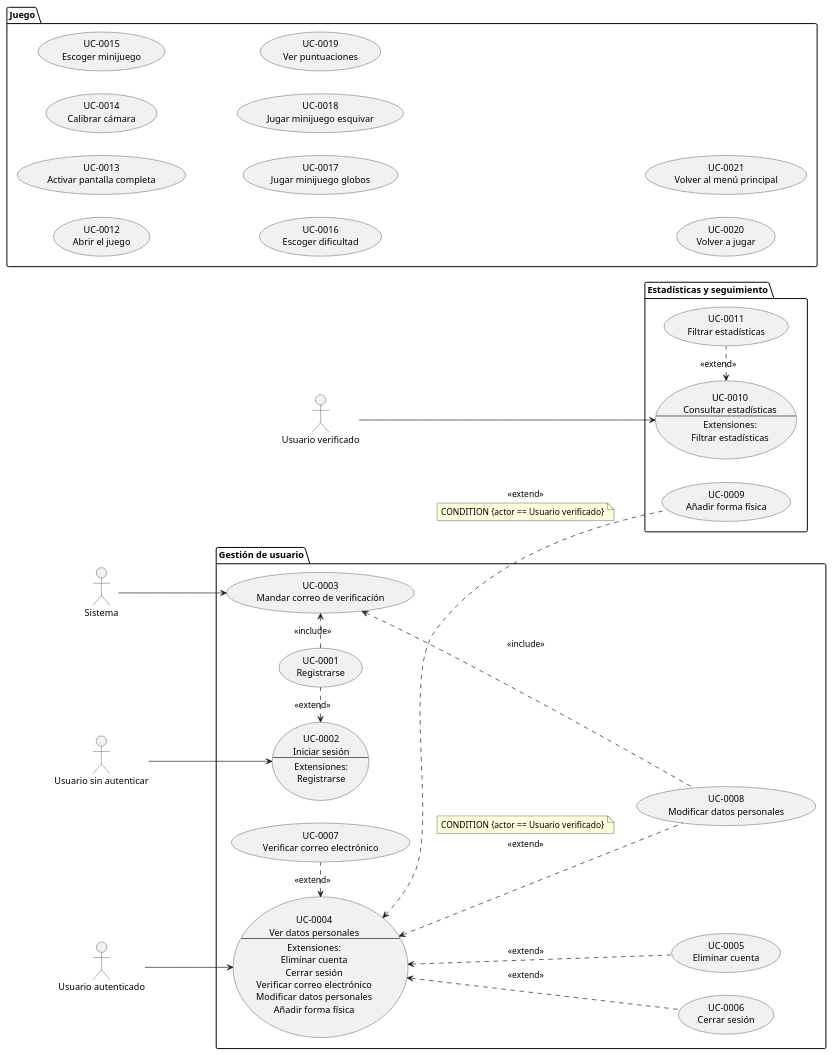
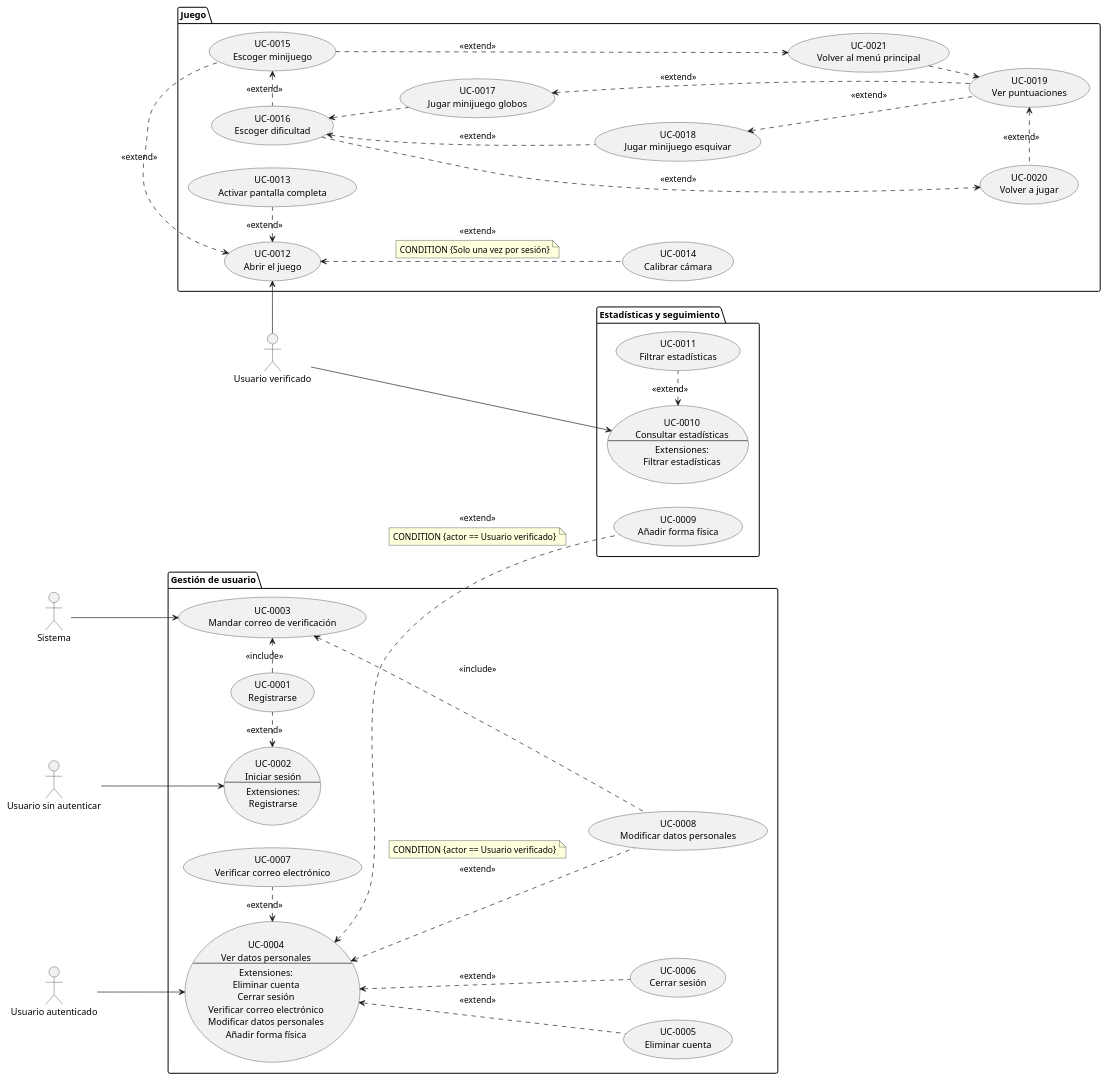
One commit to Luengor/RINL changed the diagram in docs/anexo1/plants/casosuso.puml. Above: the diagram before and after it, drawn with PlantUML.

Commit message:
diagrama casos uso

```diff
--- a/docs/anexo1/plants/casosuso.puml
+++ b/docs/anexo1/plants/casosuso.puml
@@ -1,86 +1,121 @@
 @startuml "casosuso"
 
 :Sistema: as sys
 :Usuario sin autenticar: as anon
 :Usuario autenticado: as userauth
 :Usuario verificado: as userverif 
 
 left to right direction
 package "Gestión de usuario" {
     usecase UC0001 as "UC-0001\nRegistrarse"
     usecase UC0002 as "UC-0002\nIniciar sesión
     ---
     Extensiones:
     Registrarse"
     usecase UC0003 as "UC-0003\nMandar correo de verificación"
     usecase UC0006 as "UC-0006\nCerrar sesión"
     usecase UC0004 as "UC-0004\nVer datos personales
     ---
     Extensiones:
     Eliminar cuenta
     Cerrar sesión
     Verificar correo electrónico
     Modificar datos personales
     Añadir forma física"
     usecase UC0005 as "UC-0005\nEliminar cuenta"
     usecase UC0007 as "UC-0007\nVerificar correo electrónico"
     usecase UC0008 as "UC-0008\nModificar datos personales"
 }
 
 package "Estadísticas y seguimiento" {
     usecase UC0009 as "UC-0009\nAñadir forma física"
     usecase UC0010 as "UC-0010\nConsultar estadísticas
     ---
     Extensiones:
     Filtrar estadísticas"
     usecase UC0011 as "UC-0011\nFiltrar estadísticas"
 }
 
 package "Juego" {
-    usecase UC0012 as "UC-0012\nAbrir el juego"
-    usecase UC0013 as "UC-0013\nActivar pantalla completa"
-    usecase UC0014 as "UC-0014\nCalibrar cámara"
-    usecase UC0015 as "UC-0015\nEscoger minijuego"
-    usecase UC0016 as "UC-0016\nEscoger dificultad"
-    usecase UC0017 as "UC-0017\nJugar minijuego globos"
-    usecase UC0018 as "UC-0018\nJugar minijuego esquivar"
-    usecase UC0019 as "UC-0019\nVer puntuaciones"
-    usecase UC0020 as "UC-0020\nVolver a jugar"
-    usecase UC0021 as "UC-0021\nVolver al menú principal"
+    usecase AbrirJuego as "UC-0012\nAbrir el juego"
+    usecase PantallaCompleta as "UC-0013\nActivar pantalla completa"
+    usecase Calibrar as "UC-0014\nCalibrar cámara"
+    usecase EscogerMinijuego as "UC-0015\nEscoger minijuego"
+    usecase EscogerDificultad as "UC-0016\nEscoger dificultad"
+    usecase JugarGlobos as "UC-0017\nJugar minijuego globos"
+    usecase JugarEsquivar as "UC-0018\nJugar minijuego esquivar"
+    usecase Puntuacion as "UC-0019\nVer puntuaciones"
+    usecase VolverJugar as "UC-0020\nVolver a jugar"
+    usecase VolverMenuJuego as "UC-0021\nVolver al menú principal"
 }
 
 /'
  ' El Usuario anónimo pude iniciar sesión y registrarse, el segundo extiende del primero.
  ' El caso de uso UC0003 (Mandar correo de verificación) se incluye en registrarse.
  '/
 anon --> (UC0002)
 (UC0002) <. (UC0001) : <<extend>>
 (UC0001) .> (UC0003) : <<include>>
 sys --> (UC0003)
 
 /'
  ' El usuario autenticado (pero no verifiado) puede ver sus datos personales desde el menú. Desde ahí
  ' puede eliminar su cuenta, verificar su correo electrónico o cerrar sesión.
  ' El caso de uso UC0008 (Modificar datos personales) se extiende desde ver datos personales, pero se
  ' añade la condición de que el usuario esté verificado.
  ' Además, si la modificación de datos personales es correcta, se aplica el caso de uso UC0003
  '/
 userauth --> (UC0004)
 (UC0004) <.. (UC0005) : <<extend>>
 (UC0004) <.. (UC0006) : <<extend>>
 (UC0004) <. (UC0007) : <<extend>>
 (UC0004) <.. (UC0008) : <<extend>>
 note top of link : CONDITION {actor == Usuario verificado} 
 (UC0003) <.. (UC0008) : <<include>>
 
 /'
  ' El usuario verificado puede realizar todos los casos de estadísicas y seguimiento.
  ' El caso de uso UC0009 se extiende desde el menú de datos personales y el UC0011 del UC0010
  '/
 (UC0004) <.. (UC0009) : <<extend>>
 note bottom of link : CONDITION {actor == Usuario verificado} 
 userverif --> (UC0010)
 (UC0010) <. (UC0011) : <<extend>>
 
+/'
+ ' El usuario verificado puede abrir el juego, desde el cual se puede activar la pantalla completa.
+ ' La primera vez que se abra el juego, automáticamente se calibrará la cámara. 
+ ' Después, aparecerá el menú de selección de minijuego.
+ ' Desde el menú de selección de minijuego, se puede escoger el minijuego.
+ ' Una vez escogido el minijuego, se puede escoger la dificultad.
+ ' Una vez escogida la dificultad, se jugará el minijuego.
+ ' Finalmente, se podrá ver la puntuación obtenida y volver a jugar o volver al menú principal.
+ '/
+userverif -> (AbrirJuego)
+
+(AbrirJuego) <.. (Calibrar) : <<extend>>
+note bottom of link : CONDITION {Solo una vez por sesión}
+
+' Escoger minijuego después de jugar
+(EscogerMinijuego) ..> (VolverMenuJuego) : <<extend>>
+
+' Escoger minijuego después de abrir el juego
+(AbrirJuego) <. (EscogerMinijuego) : <<extend>>
+' Escoger dificultad después de escoger minijuego 
+(EscogerMinijuego) <. (EscogerDificultad) : <<extend>>
+' Escoger dificultad después de jugar 
+(EscogerDificultad) ..> (VolverJugar) : <<extend>>
+
+' Jugar minijuego globos/esquivar después de escoger dificultad
+(EscogerDificultad) <. (JugarGlobos) : <<extend>>
+(EscogerDificultad) <.. (JugarEsquivar) : <<extend>>
+' Ver puntuaciones después de jugar minijuego globos/esquivar
+(JugarGlobos) <.. (Puntuacion) : <<extend>>
+(JugarEsquivar) <.. (Puntuacion) : <<extend>>
+' Volver a jugar/volver al menú principal después de ver puntuaciones
+(VolverMenuJuego) .> (Puntuacion) : <<extend>>
+(Puntuacion) <. (VolverJugar) : <<extend>>
+
+(AbrirJuego) <. (PantallaCompleta) : <<extend>>
 
 @enduml
```
